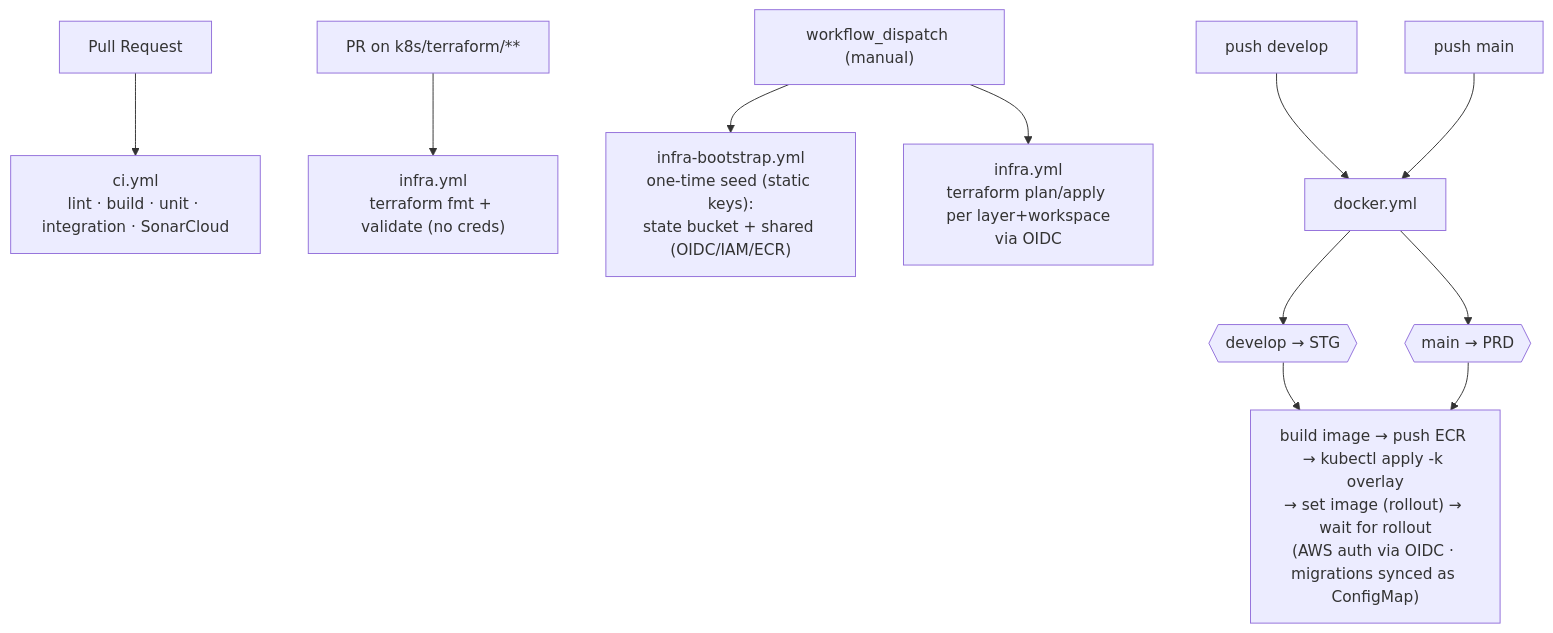
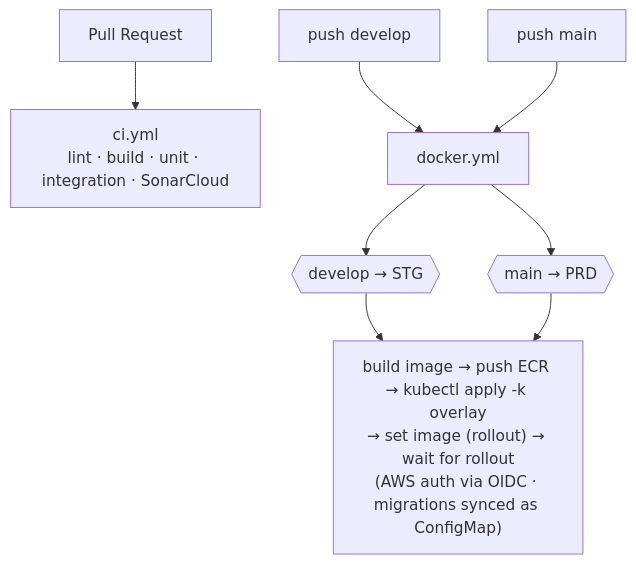
The third of 3 diagrams in README.md (POS-FIAP-15SOAT-TEAM-DARK-MODE/auto-repair-shop), drawn with Mermaid before and after one commit. The commit also changed other lines of this file and 27 other files, not shown here.

First line of the commit message:
refactor(infra): split Kubernetes and database Terraform into dedicated repos

````diff
--- a/README.md
+++ b/README.md
@@ -157,16 +171,12 @@
 ```mermaid
 flowchart TB
     pr["Pull Request"] --> ci["ci.yml<br/>lint · build · unit · integration · SonarCloud"]
-    prtf["PR on k8s/terraform/**"] --> infraval["infra.yml<br/>terraform fmt + validate (no creds)"]
-
-    disp["workflow_dispatch (manual)"] --> boot["infra-bootstrap.yml<br/>one-time seed (static keys):<br/>state bucket + shared (OIDC/IAM/ECR)"]
-    disp --> infrarun["infra.yml<br/>terraform plan/apply per layer+workspace<br/>via OIDC"]
 
     dev["push develop"] --> docker
     main["push main"] --> docker
     docker["docker.yml"] --> stg{{"develop → STG"}}
     docker --> prd{{"main → PRD"}}
     stg --> steps
     prd --> steps
     steps["build image → push ECR → kubectl apply -k overlay<br/>→ set image (rollout) → wait for rollout<br/>(AWS auth via OIDC · migrations synced as ConfigMap)"]
 ```
````
